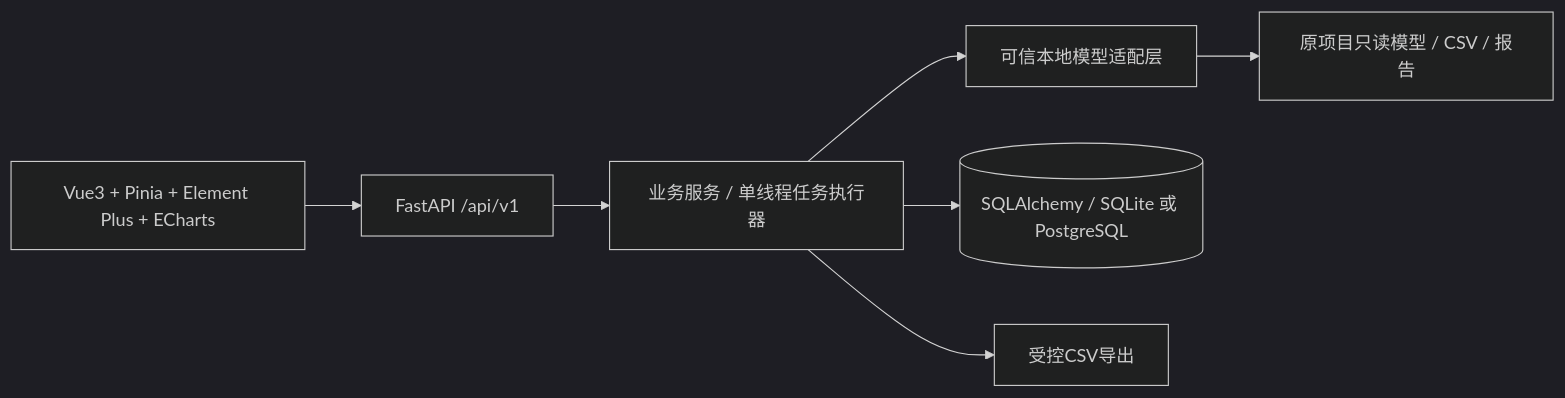
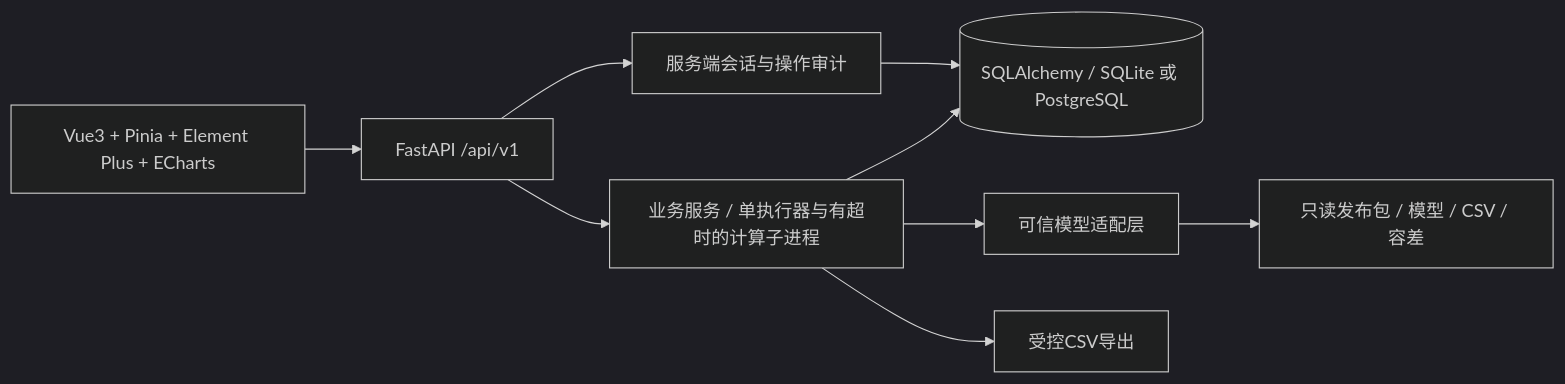
Before and after one commit to GZRrui/welding_system: the first of 2 diagrams in docs/architecture.md, drawn with Mermaid (dark theme). The commit also changed other lines of this file and 3 other files, not shown here.

````diff
--- a/docs/architecture.md
+++ b/docs/architecture.md
@@ -3,9 +3,11 @@
 ```mermaid
 flowchart LR
  UI[Vue3 + Pinia + Element Plus + ECharts] --> API[FastAPI /api/v1]
- API --> S[业务服务 / 单线程任务执行器]
- S --> A[可信本地模型适配层]
- A --> F[原项目只读模型 / CSV / 报告]
+ API --> H[服务端会话与操作审计]
+ H --> DB
+ API --> S[业务服务 / 单执行器与有超时的计算子进程]
+ S --> A[可信模型适配层]
+ A --> F[只读发布包 / 模型 / CSV / 容差]
  S --> DB[(SQLAlchemy / SQLite 或 PostgreSQL)]
  S --> E[受控CSV导出]
 ```
````
